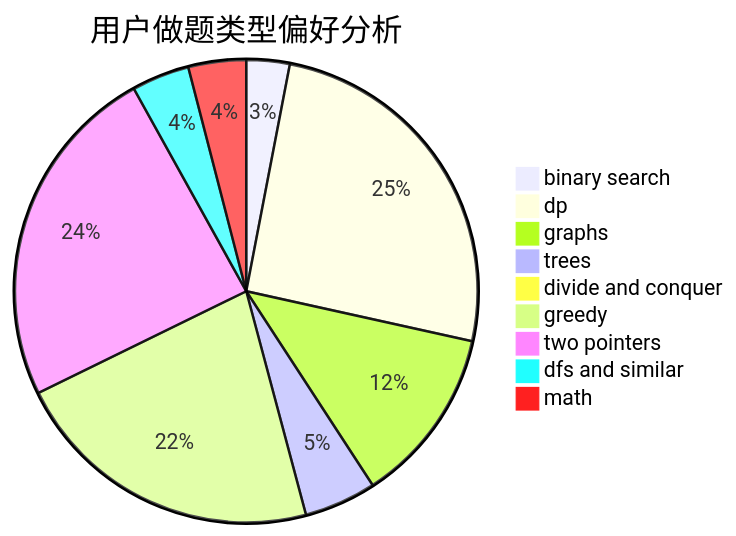
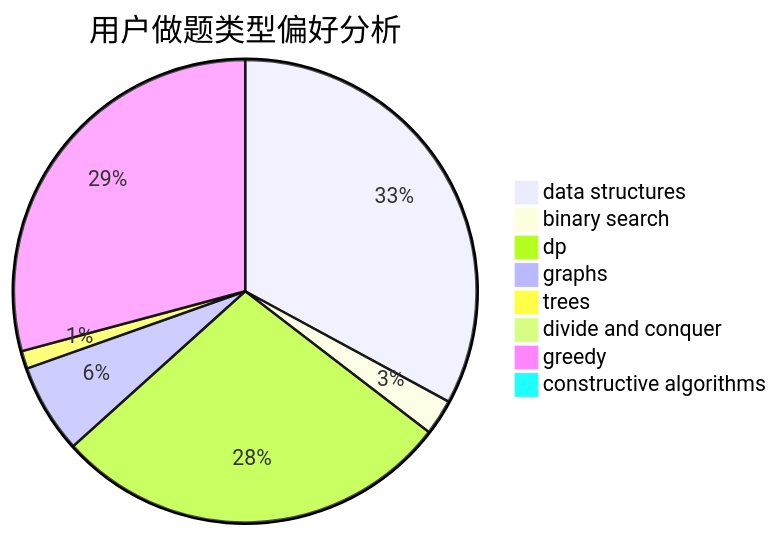
Before and after one commit to sherpahu/cfrs.github.io: the second of 3 diagrams in docs/user/u1506.md, drawn with Mermaid. The commit also changed other lines of this file and 2775 other files, not shown here.

````diff
--- a/docs/user/u1506.md
+++ b/docs/user/u1506.md
@@ -23,12 +23,11 @@
 ```mermaid
 pie title 用户做题类型偏好分析
-    "binary search" :  12
-    "dp" :  101
-    "graphs" :  49
-    "trees" :  20
+    "data structures" :  79
+    "binary search" :  6
+    "dp" :  67
+    "graphs" :  15
+    "trees" :  3
     "divide and conquer" :  0
-    "greedy" :  87
-    "two pointers" :  96
-    "dfs and similar" :  16
-    "math" :  16
+    "greedy" :  70
+    "constructive algorithms" :  0
 ```
````
